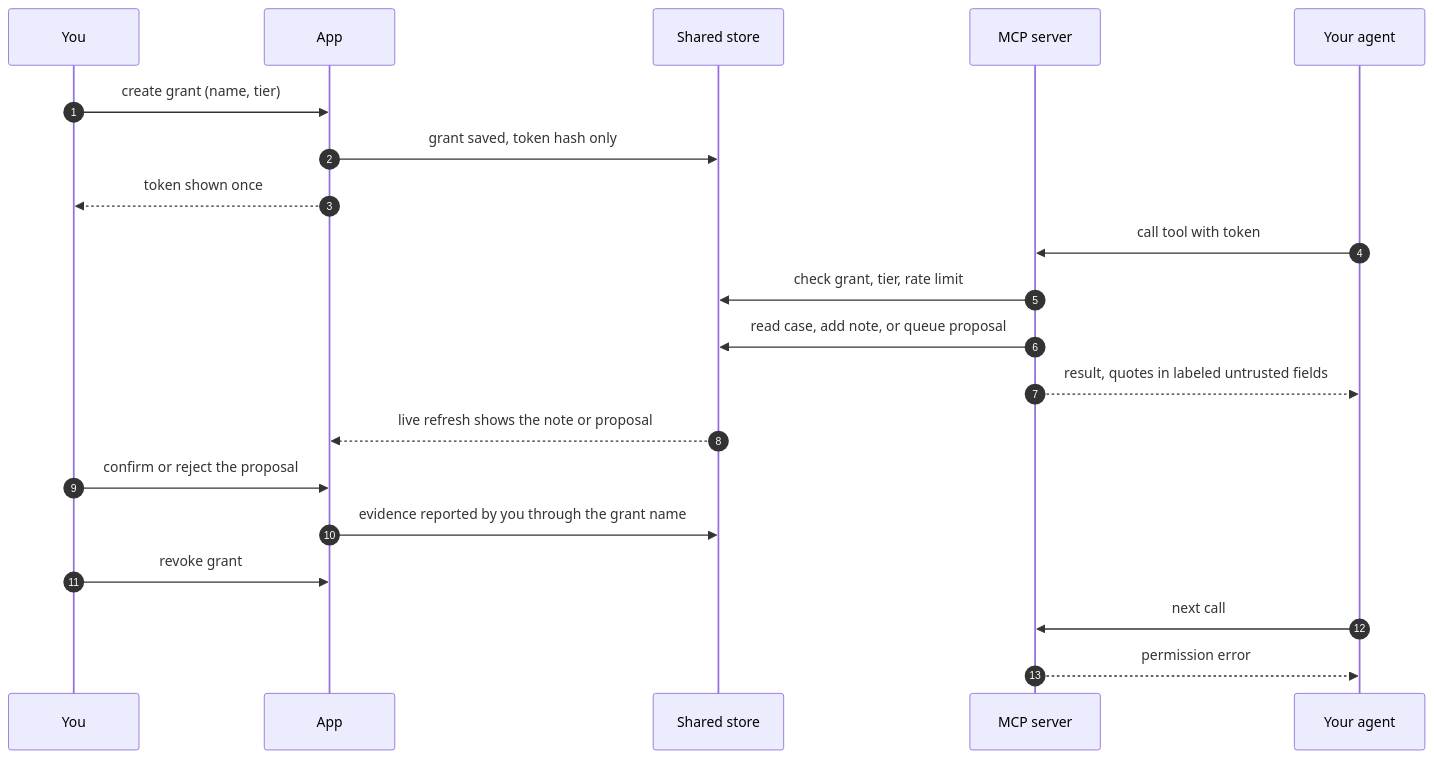
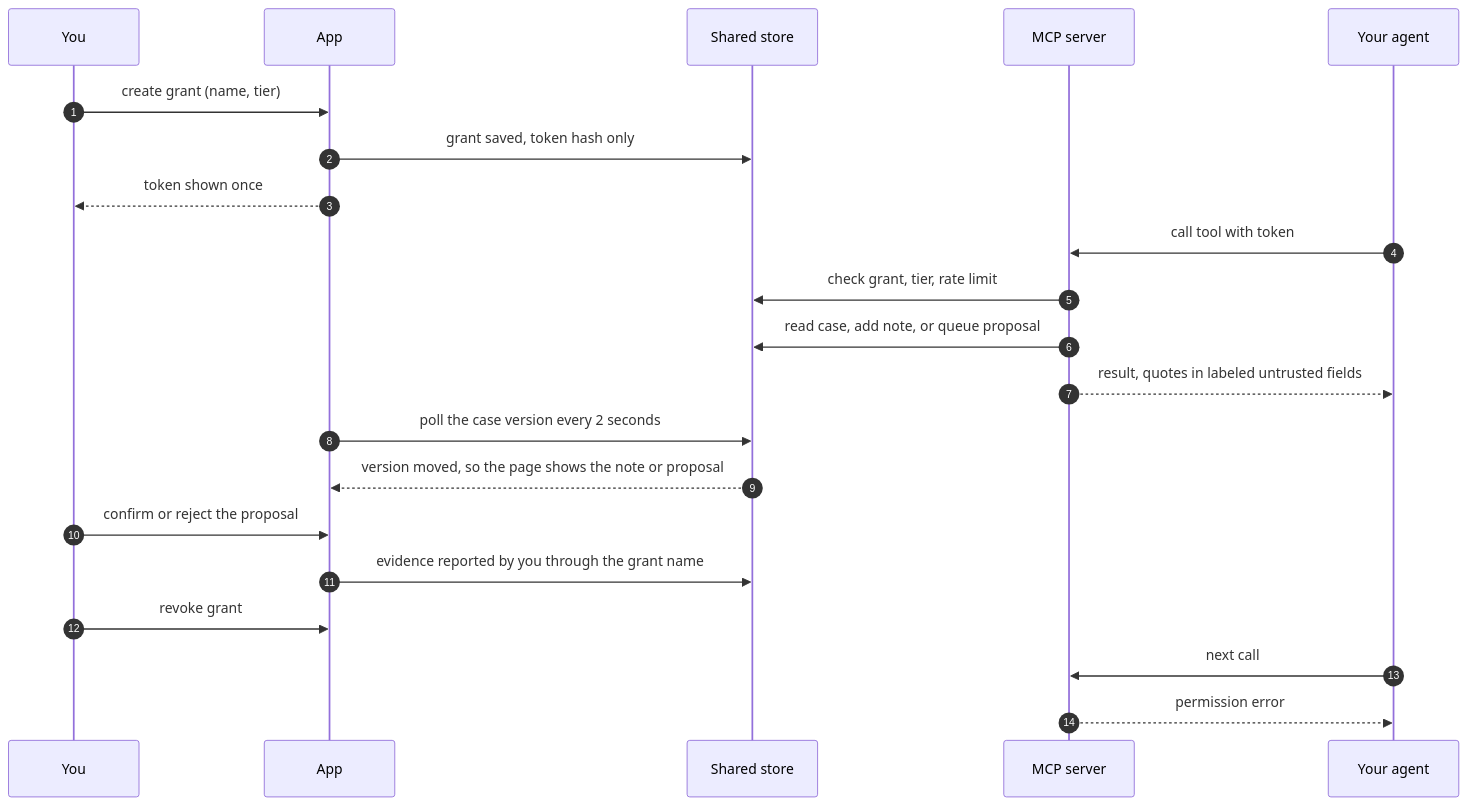
The second of 2 diagrams in docs/diagrams.md (Jeff-Kazzee/kept), drawn with Mermaid before and after one commit. The commit also changed 4 other files, not shown here.

````diff
--- a/docs/diagrams.md
+++ b/docs/diagrams.md
@@ -39,22 +39,23 @@
 ```mermaid
 sequenceDiagram
   autonumber
   participant You
   participant App
   participant Store as Shared store
   participant MCP as MCP server
   participant Agent as Your agent
   You->>App: create grant (name, tier)
   App->>Store: grant saved, token hash only
   App-->>You: token shown once
   Agent->>MCP: call tool with token
   MCP->>Store: check grant, tier, rate limit
   MCP->>Store: read case, add note, or queue proposal
   MCP-->>Agent: result, quotes in labeled untrusted fields
-  Store-->>App: live refresh shows the note or proposal
+  App->>Store: poll the case version every 2 seconds
+  Store-->>App: version moved, so the page shows the note or proposal
   You->>App: confirm or reject the proposal
   App->>Store: evidence reported by you through the grant name
   You->>App: revoke grant
   Agent->>MCP: next call
   MCP-->>Agent: permission error
 ```
````
